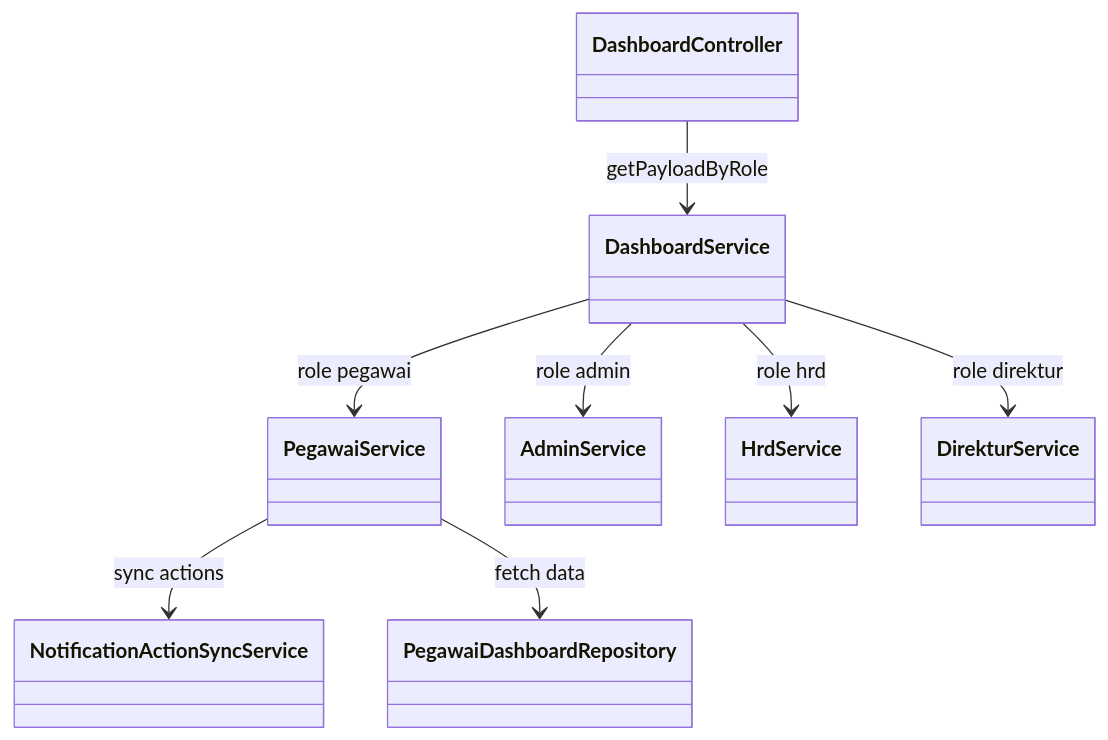
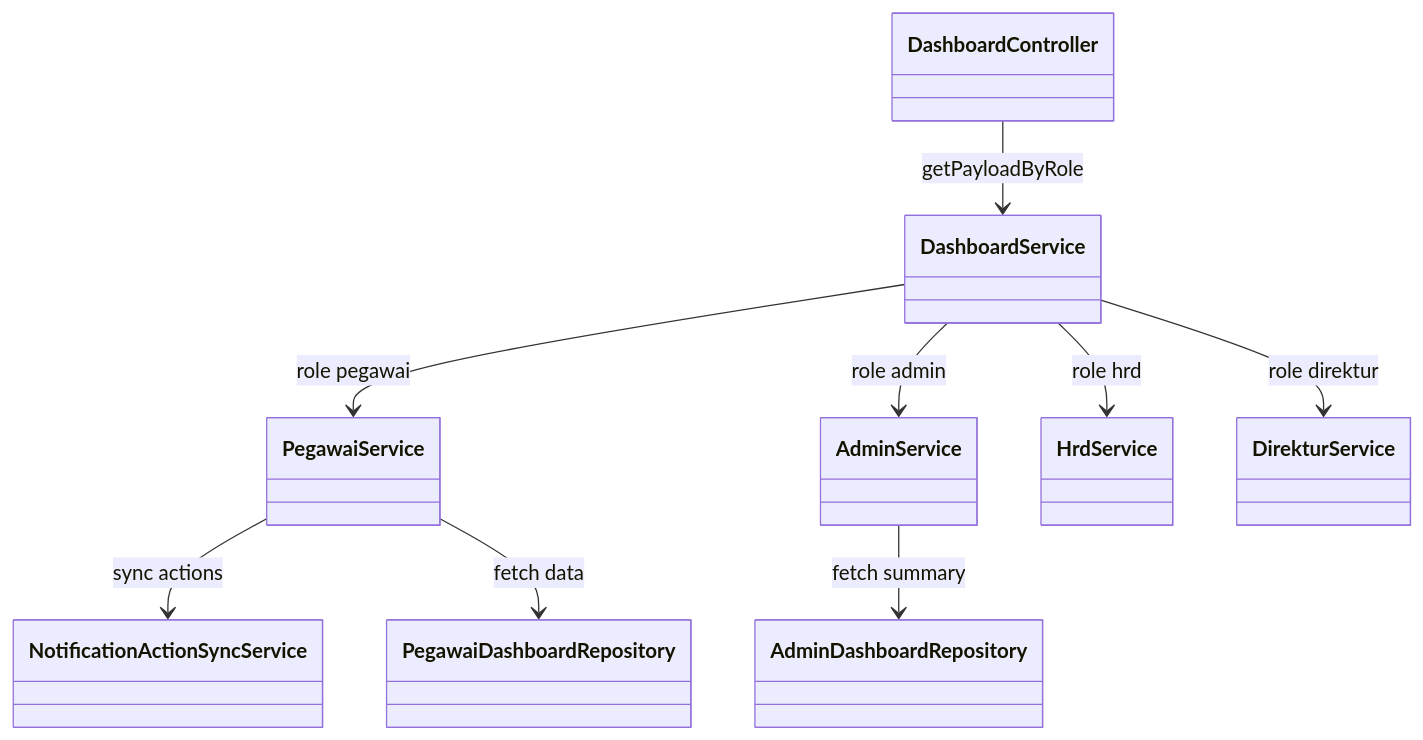
Before and after one commit to widy4aa/BE-SIMPEG-RSKALISAT: the eighth of 32 diagrams in dokumentasi/dokumentasi_app.md, drawn with Mermaid. The commit also changed other lines of this file and 10 other files, not shown here.

````diff
--- a/dokumentasi/dokumentasi_app.md
+++ b/dokumentasi/dokumentasi_app.md
@@ -336,19 +346,21 @@
 ```mermaid
 classDiagram
 	class DashboardController
 	class DashboardService
 	class PegawaiService
 	class AdminService
 	class HrdService
 	class DirekturService
 	class PegawaiDashboardRepository
+	class AdminDashboardRepository
 	class NotificationActionSyncService
 
 	DashboardController --> DashboardService : getPayloadByRole
 	DashboardService --> PegawaiService : role pegawai
 	DashboardService --> AdminService : role admin
 	DashboardService --> HrdService : role hrd
 	DashboardService --> DirekturService : role direktur
 	PegawaiService --> NotificationActionSyncService : sync actions
 	PegawaiService --> PegawaiDashboardRepository : fetch data
+	AdminService --> AdminDashboardRepository : fetch summary
 ```
````
